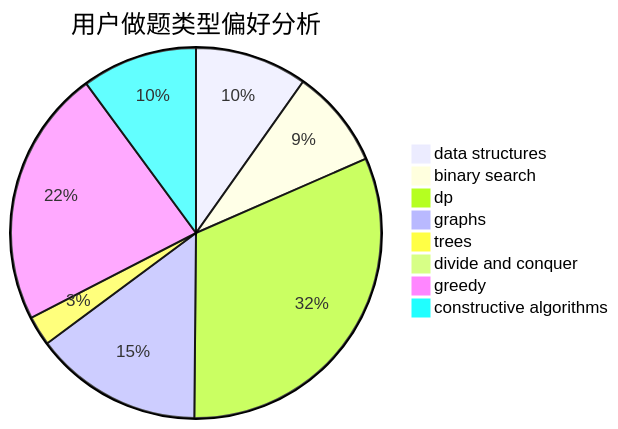
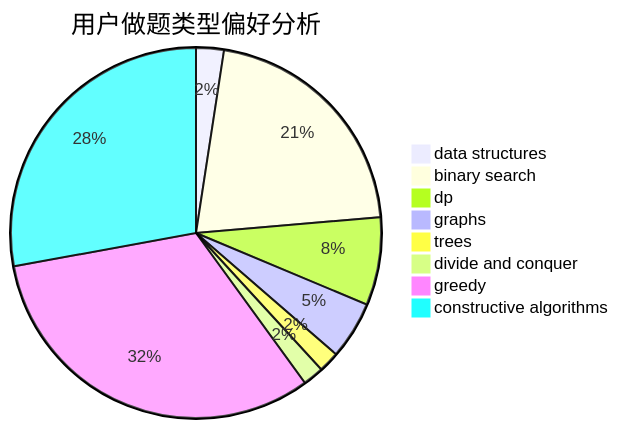
One commit to sherpahu/cfrs.github.io changed the second of 3 diagrams in docs/user/u1445.md. Above: the diagram before and after it, drawn with Mermaid. The commit also changed other lines of this file and 2770 other files, not shown here.

````diff
--- a/docs/user/u1445.md
+++ b/docs/user/u1445.md
@@ -23,11 +23,11 @@
 ```mermaid
 pie title 用户做题类型偏好分析
-    "data structures" :  34
-    "binary search" :  30
-    "dp" :  110
-    "graphs" :  51
+    "data structures" :  12
+    "binary search" :  105
+    "dp" :  38
+    "graphs" :  25
     "trees" :  9
-    "divide and conquer" :  0
-    "greedy" :  78
-    "constructive algorithms" :  35
+    "divide and conquer" :  9
+    "greedy" :  159
+    "constructive algorithms" :  138
 ```
````
